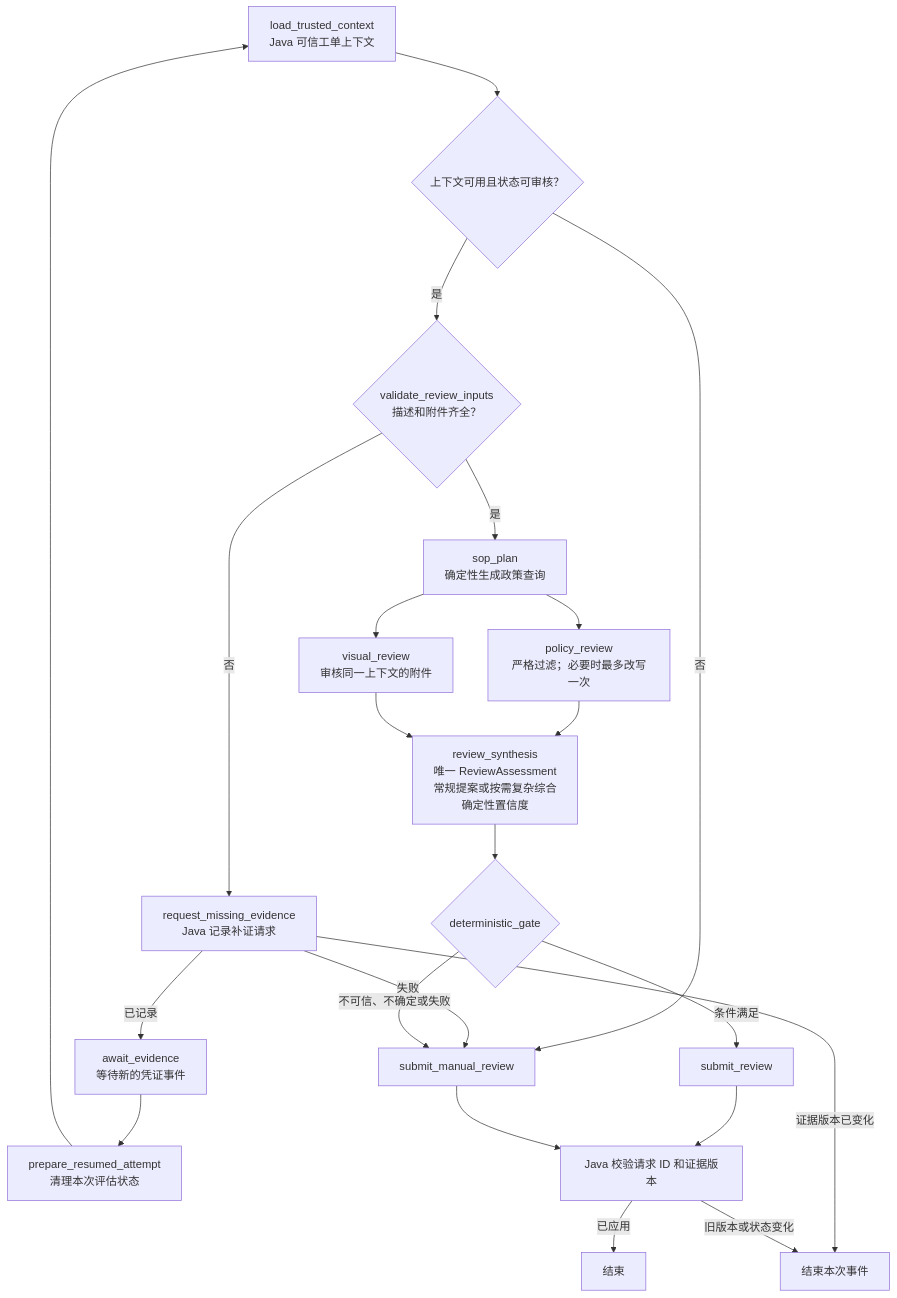
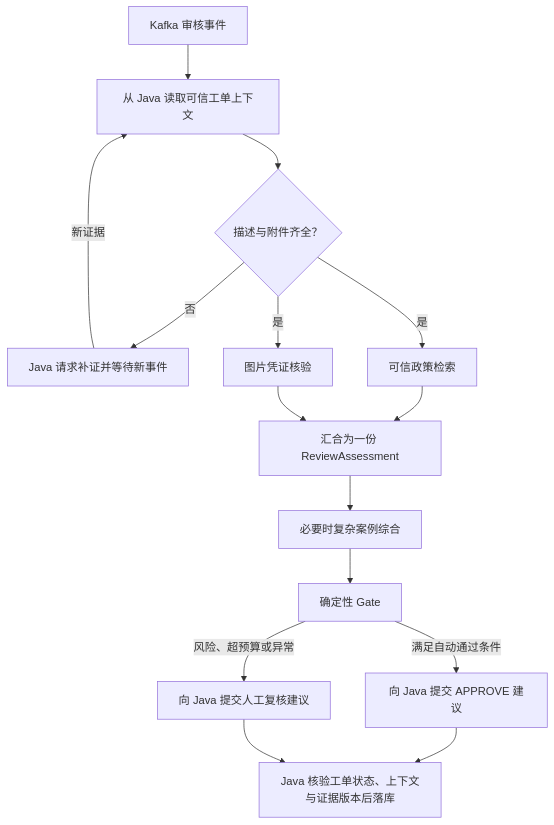
Before and after one commit to yyx758/ecommerce-after-sales-system: the third of 3 diagrams in README.md, drawn with Mermaid. The commit also changed other lines of this file and 96 other files, not shown here.

````diff
--- a/README.md
+++ b/README.md
@@ -200,24 +59,16 @@
 ```mermaid
 flowchart TD
-    A["load_trusted_context<br/>Java 可信工单上下文"] --> C{"上下文可用且状态可审核？"}
-    C -->|否| MANUAL["submit_manual_review"]
-    C -->|是| B{"validate_review_inputs<br/>描述和附件齐全？"}
-    B -->|否| R["request_missing_evidence<br/>Java 记录补证请求"]
-    R -->|已记录| WAIT["await_evidence<br/>等待新的凭证事件"]
-    WAIT --> RELOAD["prepare_resumed_attempt<br/>清理本次评估状态"]
-    RELOAD --> A
-    R -->|失败| MANUAL
-    R -->|证据版本已变化| STALE["结束本次事件"]
-    B -->|是| PLAN["sop_plan<br/>确定性生成政策查询"]
-    PLAN --> P["policy_review<br/>严格过滤；必要时最多改写一次"]
-    PLAN --> V["visual_review<br/>审核同一上下文的附件"]
-    P --> M["review_synthesis<br/>唯一 ReviewAssessment<br/>常规提案或按需复杂综合<br/>确定性置信度"]
-    V --> M
-    M --> G{"deterministic_gate"}
-    G -->|条件满足| APPROVE["submit_review"]
-    G -->|不可信、不确定或失败| MANUAL
-    APPROVE --> JAVA["Java 校验请求 ID 和证据版本"]
-    MANUAL --> JAVA
-    JAVA -->|已应用| END["结束"]
-    JAVA -->|旧版本或状态变化| STALE
+    EVENT["Kafka 审核事件"] --> LOAD["从 Java 读取可信工单上下文"]
+    LOAD --> CHECK{"描述与附件齐全？"}
+    CHECK -->|否| WAIT["Java 请求补证并等待新事件"]
+    WAIT -->|新证据| LOAD
+    CHECK -->|是| POLICY["可信政策检索"]
+    CHECK -->|是| VISION["图片凭证核验"]
+    POLICY --> MERGE["汇合为一份 ReviewAssessment"]
+    VISION --> MERGE
+    MERGE --> SYN["必要时复杂案例综合"] --> GATE["确定性 Gate"]
+    GATE -->|满足自动通过条件| APPROVE["向 Java 提交 APPROVE 建议"]
+    GATE -->|风险、超预算或异常| MANUAL["向 Java 提交人工复核建议"]
+    APPROVE --> APPLY["Java 核验工单状态、上下文与证据版本后落库"]
+    MANUAL --> APPLY
 ```
````
